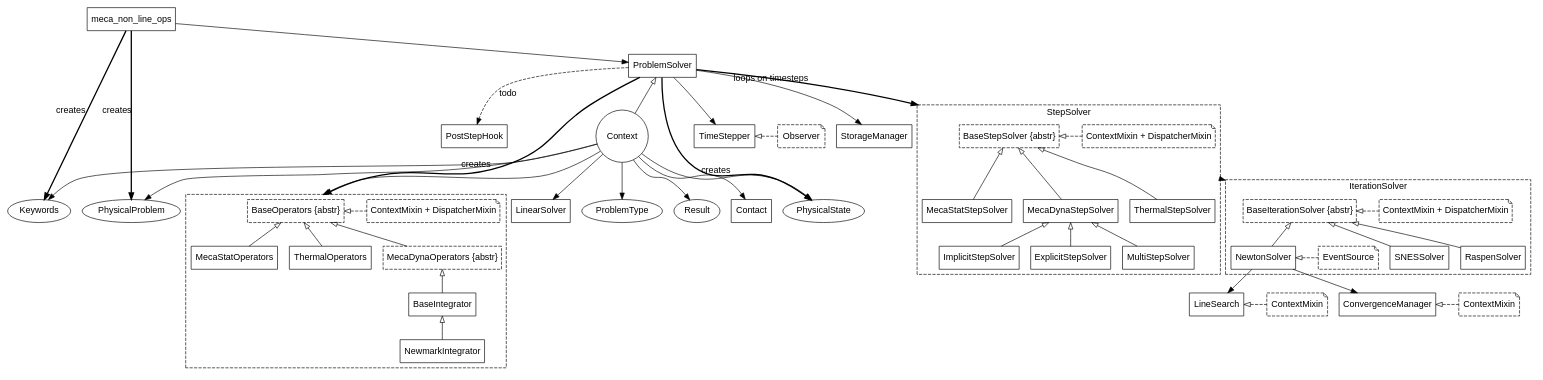
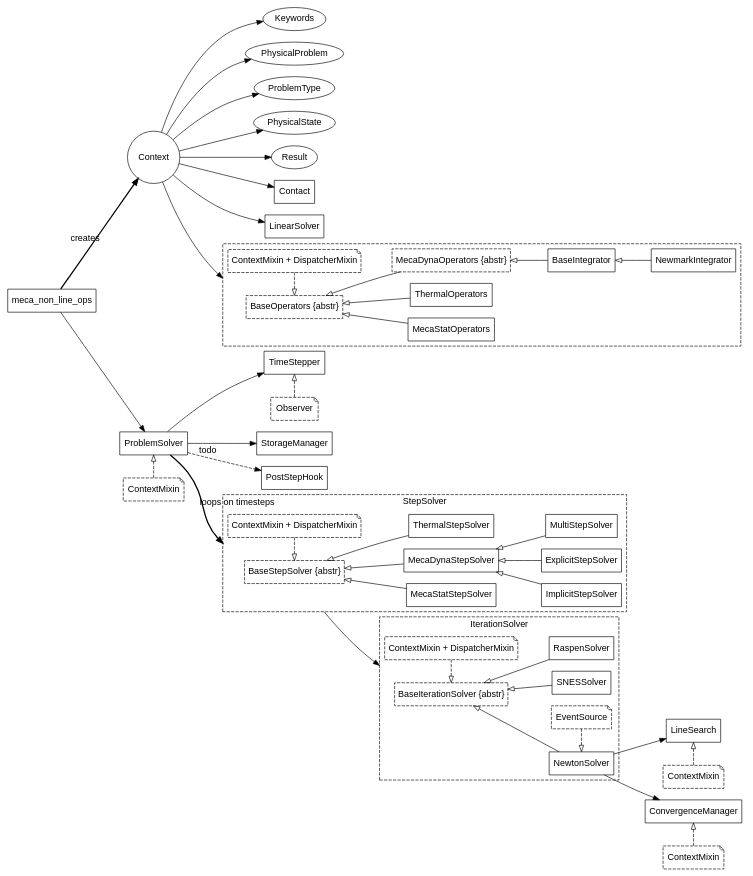
Before and after one commit to Krande/code-aster-copy: the diagram in doc/img/mnl.dot, drawn with Graphviz. The commit also changed 11 other files, not shown here.

```diff
--- a/doc/img/mnl.dot
+++ b/doc/img/mnl.dot
@@ -1,156 +1,158 @@
 digraph MNL {
     compound = "true";
     // global+several pointers: circle
     // mixin: note, dashed
     // abstract: ' {abstr}', dashed
     labelloc = "t";
+    rankdir = "LR";
     fontname = "Helvetica,Arial,sans-serif";
     node [fontname = "Helvetica,Arial,sans-serif"; shape = "box";];
     edge [fontname = "Helvetica,Arial,sans-serif";];
     
     subgraph bases {
         keywords [label = "Keywords";shape = "ellipse";];
         problem [label = "PhysicalProblem";shape = "ellipse";];
         type [label = "ProblemType";shape = "ellipse";];
         state [label = "PhysicalState";shape = "ellipse";];
         result [label = "Result";shape = "ellipse";];
         contact [label = "Contact";];
         linsolv [label = "LinearSolver";];
         context [label = "Context";shape = "circle";];
         
         context -> problem;
         context -> type;
         context -> keywords;
         context -> state;
         context -> result;
         context -> operators [lhead = cluster_operators;];
         context -> contact;
         context -> linsolv;
     }
     
     mnl [label = "meca_non_line_ops";];
-    pbsolv [label = "ProblemSolver";];
+    subgraph {
+        rank = "same";
+        pbsolv [label = "ProblemSolver";];
+        mixin_pb [label = "ContextMixin";style = "dashed";shape = "note";];
+        pbsolv -> mixin_pb [dir = "back"; style = "dashed"; arrowtail = "empty";];
+    }
     timestepper [label = "TimeStepper";];
     storage [label = "StorageManager";];
     hook [label = "PostStepHook";];
     
     observ [label = "Observer";style = "dashed";shape = "note";];
     
     subgraph cluster_operators {
         subgraph {
             rank = "same";
             operators [label = "BaseOperators {abstr}";style = "dashed";];
             mixin_oper [label = "ContextMixin + DispatcherMixin";style = "dashed";shape = "note";];
             operators -> mixin_oper [dir = "back"; style = "dashed"; arrowtail = "empty";];
         }
         style = "dashed";
         subgraph {
             rank = "same";
             statopers [label = "MecaStatOperators";];
             theropers [label = "ThermalOperators";];
             dynopers [label = "MecaDynaOperators {abstr}";style = "dashed";];
         }
         integr [label = BaseIntegrator;];
         newmark [label = NewmarkIntegrator;];
         
         // subclasses
         operators -> statopers [dir = "back"; arrowtail = "empty";];
         operators -> dynopers [dir = "back"; arrowtail = "empty";];
         operators -> theropers [dir = "back"; arrowtail = "empty";];
         
         dynopers -> integr [dir = "back"; arrowtail = "empty";];
         integr -> newmark [dir = "back"; arrowtail = "empty";];
     }
     
     subgraph cluster_stepsolv {
         label = "StepSolver";
         style = "dashed";
         subgraph {
             rank = "same";
             mecastat [label = "MecaStatStepSolver";];
             mecadyn [label = "MecaDynaStepSolver";];
             ther [label = "ThermalStepSolver";];
         }
         subgraph {
             rank = "same";
             stepsolv [label = "BaseStepSolver {abstr}";style = "dashed";];
             mixin_step [label = "ContextMixin + DispatcherMixin";style = "dashed";shape = "note";];
             stepsolv -> mixin_step [dir = "back"; style = "dashed"; arrowtail = "empty";];
         }
         // subclasses
         stepsolv -> mecastat [dir = "back"; arrowtail = "empty";];
         stepsolv -> mecadyn [dir = "back"; arrowtail = "empty";];
         stepsolv -> ther [dir = "back"; arrowtail = "empty";];
         
         implicit [label = "ImplicitStepSolver";];
         explicit [label = "ExplicitStepSolver";];
         multi [label = "MultiStepSolver";];
         
         // subclasses
         mecadyn -> implicit [dir = "back"; arrowtail = "empty";];
         mecadyn -> explicit [dir = "back"; arrowtail = "empty";];
         mecadyn -> multi [dir = "back"; arrowtail = "empty";];
     }
     
     subgraph cluster_iter_solv {
         label = IterationSolver;
         style = "dashed";
         subgraph {
             rank = "same";
             iter_solver [label = "BaseIterationSolver {abstr}";style = "dashed";];
             mixin_iter [label = "ContextMixin + DispatcherMixin";style = "dashed";shape = "note";];
             iter_solver -> mixin_iter [dir = "back"; style = "dashed"; arrowtail = "empty";];
         }
         // [style = invis]
         subgraph {
             rank = "same";
             newton [label = "NewtonSolver";];
             event [label = "EventSource";style = "dashed";shape = "note";];
             newton -> event [dir = "back"; style = "dashed"; arrowtail = "empty";];
         }
         snes [label = "SNESSolver";];
         raspen [label = "RaspenSolver";];
         
         iter_solver -> newton [dir = "back"; arrowtail = "empty";];
         iter_solver -> snes [dir = "back"; arrowtail = "empty";];
         iter_solver -> raspen [dir = "back"; arrowtail = "empty";];
     }
     
     mnl -> pbsolv;
-    mnl -> keywords [xlabel = "creates"; style = "bold";];
-    mnl -> problem [xlabel = "creates"; style = "bold";];
+    mnl -> context [xlabel = "creates"; style = "bold";];
     
-    pbsolv -> context [dir = "back"; arrowtail = "empty";];
-    pbsolv -> state [xlabel = "creates"; style = "bold";];
-    pbsolv -> operators [xlabel = "creates"; style = "bold"; lhead = cluster_operators;];
     pbsolv -> timestepper;
     pbsolv -> storage;
     pbsolv -> stepsolv [xlabel = "loops on timesteps"; lhead = cluster_stepsolv; style = "bold";];
     pbsolv -> hook [label = "todo"; style = "dashed";];
     
     stepsolv -> iter_solver [ltail = cluster_stepsolv; lhead = cluster_iter_solv;];
     
     newton -> linesearch;
     newton -> conv_manager;
     
     subgraph {
         rank = "same";
         linesearch [label = "LineSearch";];
         mixin_line [label = "ContextMixin";style = "dashed";shape = "note";];
         linesearch -> mixin_line [dir = "back"; style = "dashed"; arrowtail = "empty";];
     }
     
     subgraph {
         rank = "same";
         conv_manager [label = "ConvergenceManager";];
         mixin_conv [label = "ContextMixin";style = "dashed";shape = "note";];
         conv_manager -> mixin_conv [dir = "back"; style = "dashed"; arrowtail = "empty";];
     }
     
     subgraph {
         rank = "same";
         timestepper -> observ [dir = "back"; style = "dashed"; arrowtail = "empty";];
     }
     // placement
     // timestepper -> stepsolv [style = "invis";];
 }
```
